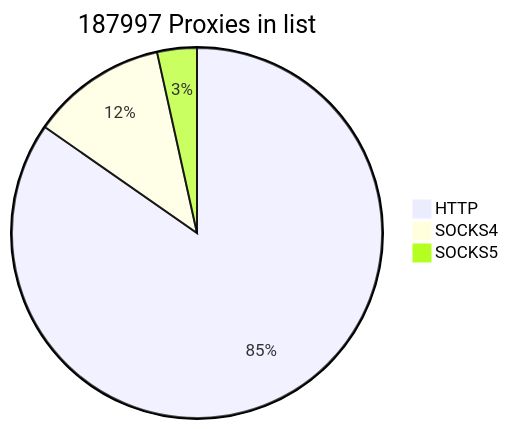
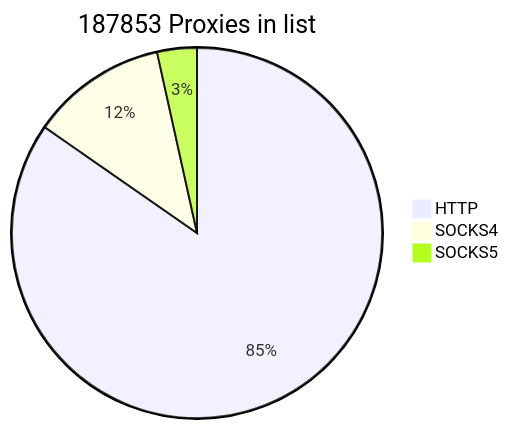
The first of 2 diagrams in README.md (cutipu/proxylist), drawn with Mermaid before and after one commit. The commit also changed other lines of this file, not shown here.

````diff
--- a/README.md
+++ b/README.md
@@ -2,7 +2,7 @@
 ```mermaid
-pie title 187997 Proxies in list
-    "HTTP" : 159209
-    "SOCKS4" : 22278
-    "SOCKS5" : 6510
+pie title 187853 Proxies in list
+    "HTTP" : 159045
+    "SOCKS4" : 22296
+    "SOCKS5" : 6512
             
 ```
````
